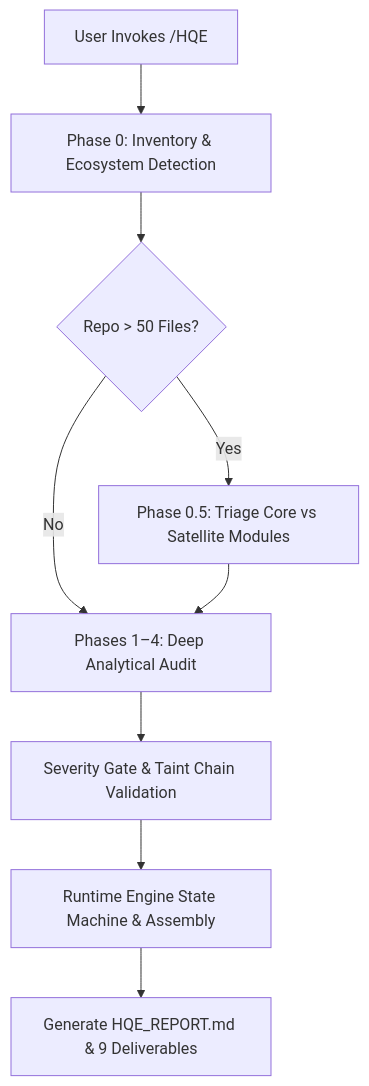
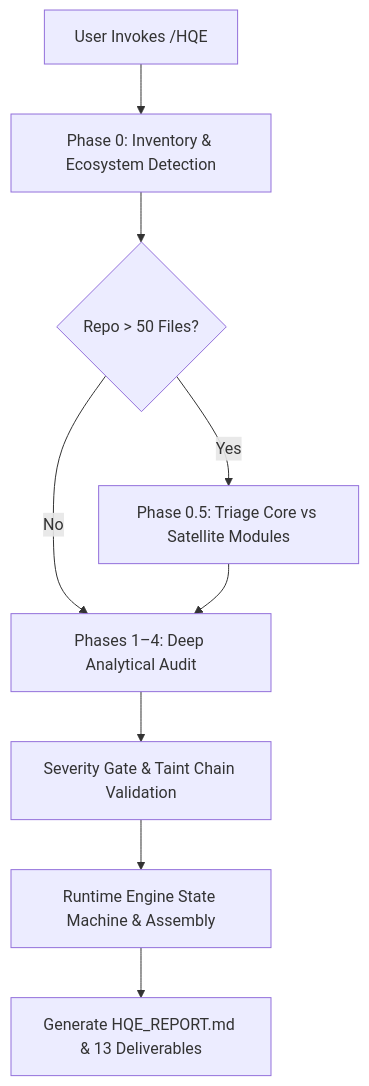
The diagram in README.md (spearchucker667/Skill-HQE), drawn with Mermaid before and after one commit. The commit also changed other lines of this file and 64 other files, not shown here.

````diff
--- a/README.md
+++ b/README.md
@@ -86,11 +86,11 @@
 ```mermaid
 flowchart TD
     Start[User Invokes /HQE] --> Preflight[Phase 0: Inventory & Ecosystem Detection]
     Preflight --> Triage{Repo > 50 Files?}
     Triage -- Yes --> P05[Phase 0.5: Triage Core vs Satellite Modules]
     Triage -- No --> Deep[Phases 1–4: Deep Analytical Audit]
     P05 --> Deep
     Deep --> Gate[Severity Gate & Taint Chain Validation]
     Gate --> Runtime[Runtime Engine State Machine & Assembly]
-    Runtime --> Output[Generate HQE_REPORT.md & 9 Deliverables]
+    Runtime --> Output[Generate HQE_REPORT.md & 13 Deliverables]
 ```
````
